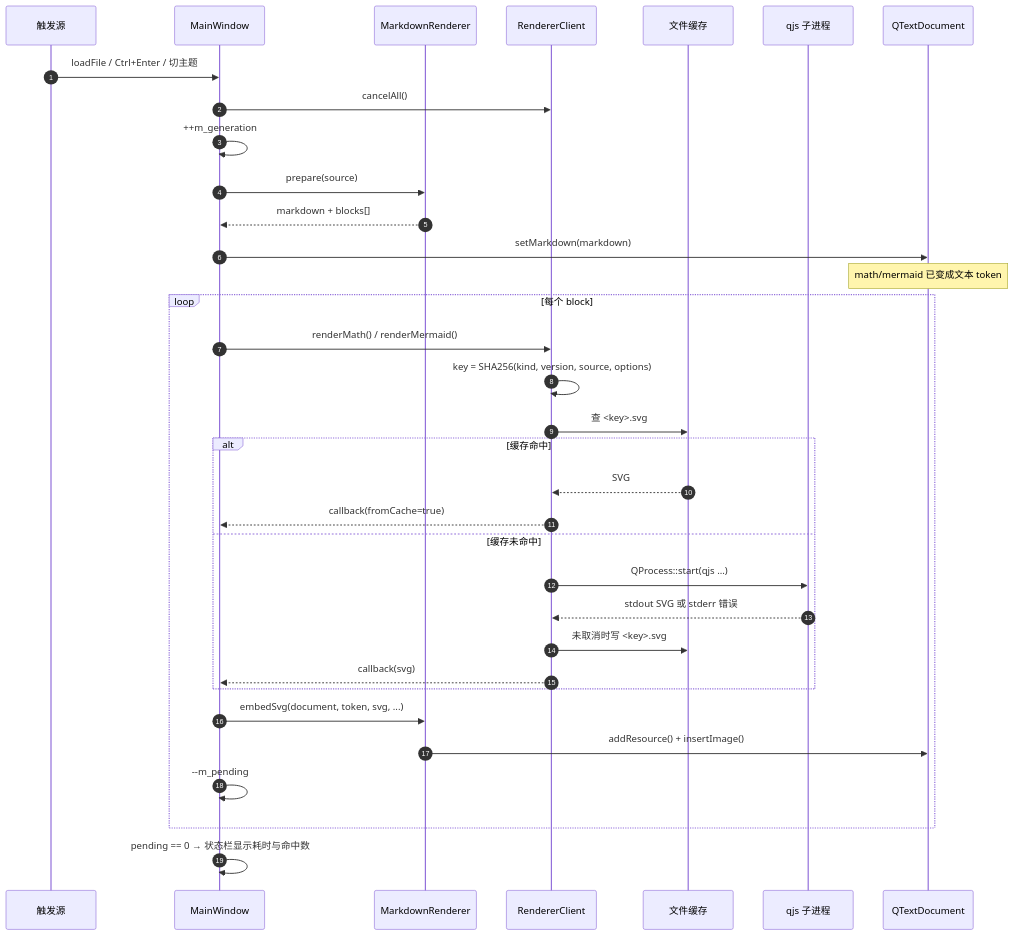
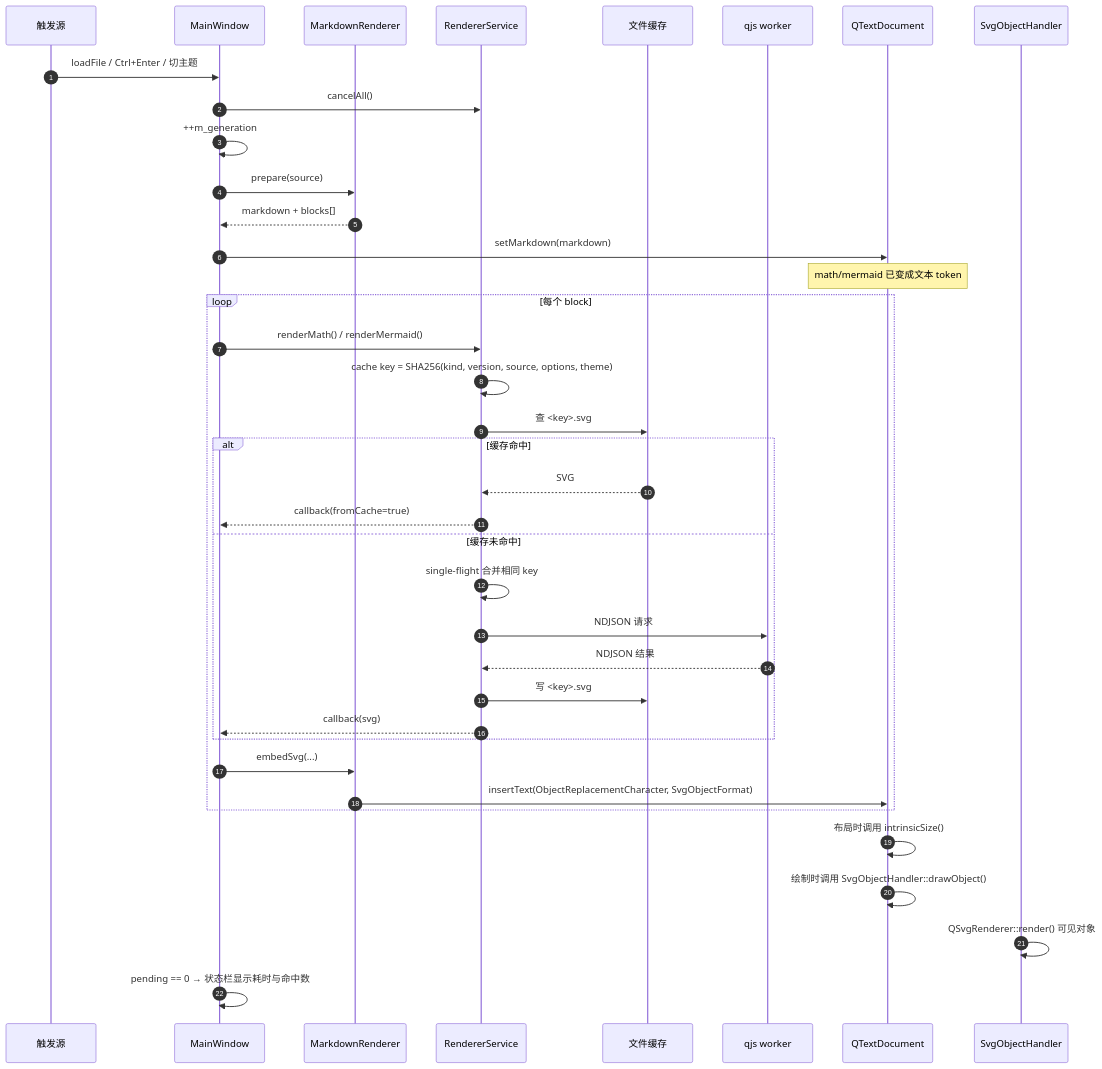
Before and after one commit to iLogIng/qt-rich-text-renderer: the second of 6 diagrams in docs/FLOW.md, drawn with Mermaid. The commit also changed other lines of this file and 24 other files, not shown here.

Commit message:
perf: use two process to lazy start the qjs surpport for mermaid and mathjax service. Use the Render Service to optimize the needed

````diff
--- a/docs/FLOW.md
+++ b/docs/FLOW.md
@@ -52,39 +48,42 @@
 ```mermaid
 sequenceDiagram
     autonumber
     participant U as 触发源
     participant MW as MainWindow
     participant MR as MarkdownRenderer
-    participant RC as RendererClient
+    participant RS as RendererService
     participant FS as 文件缓存
-    participant Q as qjs 子进程
+    participant Q as qjs worker
     participant TD as QTextDocument
 
     U->>MW: loadFile / Ctrl+Enter / 切主题
-    MW->>RC: cancelAll()
+    MW->>RS: cancelAll()
     MW->>MW: ++m_generation
     MW->>MR: prepare(source)
     MR-->>MW: markdown + blocks[]
     MW->>TD: setMarkdown(markdown)
     Note over TD: math/mermaid 已变成文本 token
 
     loop 每个 block
-        MW->>RC: renderMath() / renderMermaid()
-        RC->>RC: key = SHA256(kind, version, source, options)
-        RC->>FS: 查 <key>.svg
+        MW->>RS: renderMath() / renderMermaid()
+        RS->>RS: cache key = SHA256(kind, version, source, options, theme)
+        RS->>FS: 查 <key>.svg
         alt 缓存命中
-            FS-->>RC: SVG
-            RC-->>MW: callback(fromCache=true)
+            FS-->>RS: SVG
+            RS-->>MW: callback(fromCache=true)
         else 缓存未命中
-            RC->>Q: QProcess::start(qjs ...)
-            Q-->>RC: stdout SVG 或 stderr 错误
-            RC->>FS: 未取消时写 <key>.svg
-            RC-->>MW: callback(svg)
+            RS->>RS: single-flight 合并相同 key
+            RS->>Q: NDJSON 请求
+            Q-->>RS: NDJSON 结果
+            RS->>FS: 写 <key>.svg
+            RS-->>MW: callback(svg)
         end
-        MW->>MR: embedSvg(document, token, svg, ...)
-        MR->>TD: addResource() + insertImage()
-        MW->>MW: --m_pending
+        MW->>MR: embedSvg(...)
+        MR->>TD: insertText(ObjectReplacementCharacter, SvgObjectFormat)
     end
 
+    TD->>TD: 布局时调用 intrinsicSize()
+    TD->>TD: 绘制时调用 SvgObjectHandler::drawObject()
+    SvgObjectHandler->>SvgObjectHandler: QSvgRenderer::render() 可见对象
     MW->>MW: pending == 0 → 状态栏显示耗时与命中数
 ```
````
